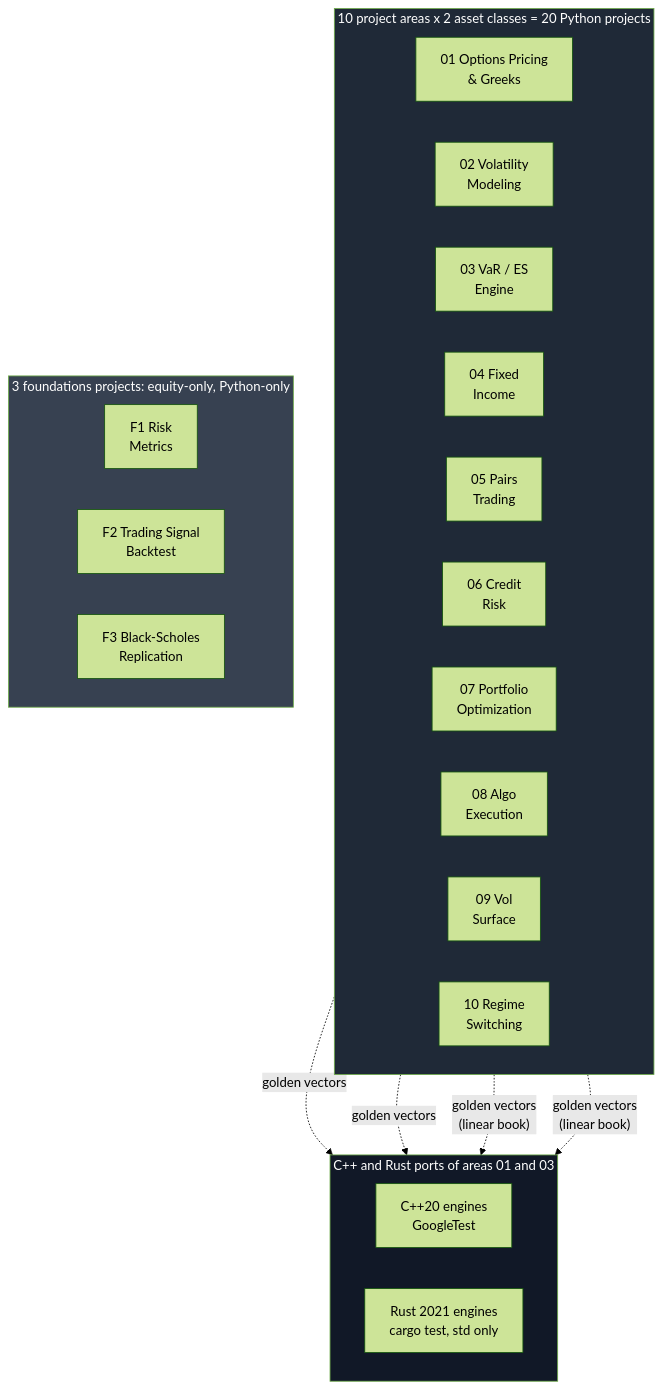
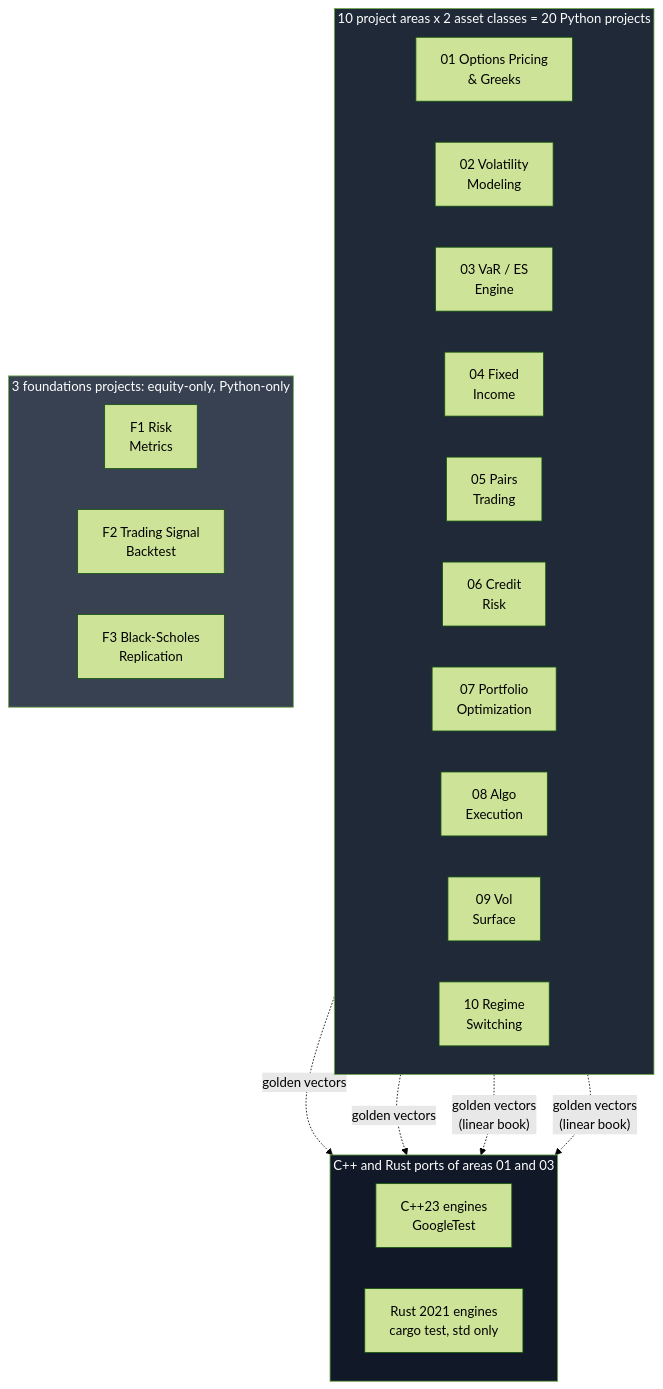
The first of 6 diagrams in docs/DIAGRAMS.md (AshJha0/quant-portfolio), drawn with Mermaid (forest theme) before and after one commit. The commit also changed 6 other files, not shown here.

````diff
--- a/docs/DIAGRAMS.md
+++ b/docs/DIAGRAMS.md
@@ -11,36 +11,36 @@
 ```mermaid
 flowchart TB
     subgraph AREAS["10 project areas x 2 asset classes = 20 Python projects"]
         direction LR
         A1["01 Options Pricing<br/>& Greeks"]
         A2["02 Volatility<br/>Modeling"]
         A3["03 VaR / ES<br/>Engine"]
         A4["04 Fixed<br/>Income"]
         A5["05 Pairs<br/>Trading"]
         A6["06 Credit<br/>Risk"]
         A7["07 Portfolio<br/>Optimization"]
         A8["08 Algo<br/>Execution"]
         A9["09 Vol<br/>Surface"]
         A10["10 Regime<br/>Switching"]
     end
 
     subgraph FOUND["3 foundations projects: equity-only, Python-only"]
         direction LR
         F1["F1 Risk<br/>Metrics"]
         F2["F2 Trading Signal<br/>Backtest"]
         F3["F3 Black-Scholes<br/>Replication"]
     end
 
     subgraph PORTS["C++ and Rust ports of areas 01 and 03"]
         direction LR
-        CPP["C++20 engines<br/>GoogleTest"]
+        CPP["C++23 engines<br/>GoogleTest"]
         RUST["Rust 2021 engines<br/>cargo test, std only"]
     end
 
     A1 -.->|golden vectors| CPP & RUST
     A3 -.->|"golden vectors<br/>(linear book)"| CPP & RUST
 
     style AREAS fill:#1f2937,color:#fff
     style FOUND fill:#374151,color:#fff
     style PORTS fill:#111827,color:#fff
 ```
````
